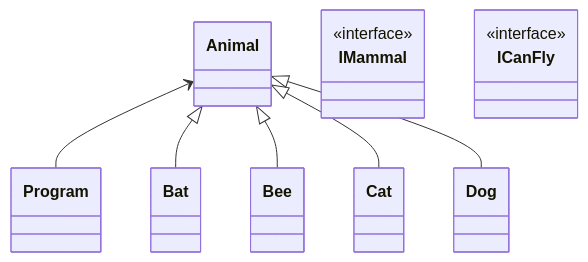
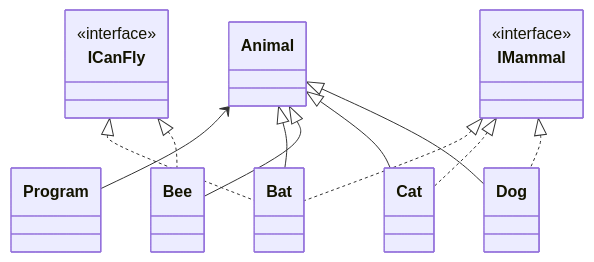
The diagram in README.md (FabioRibeiro404/LP1Semana08), drawn with Mermaid before and after one commit.

````diff
--- a/README.md
+++ b/README.md
@@ -3,23 +3,28 @@
 ```mermaid
  classDiagram
 Animal <-- Program
 
 Animal <|-- Bat
 Animal <|-- Bee
 Animal <|-- Cat
 Animal <|-- Dog
 
+IMammal <|.. Bat
+IMammal <|.. Cat
+IMammal <|.. Dog
 
+ICanFly <|.. Bat
+ICanFly <|.. Bee
 
 class IMammal{
 <<interface>>
 }
 class ICanFly{
 <<interface>>
 }
 
 
 
 
 
 ```
````
